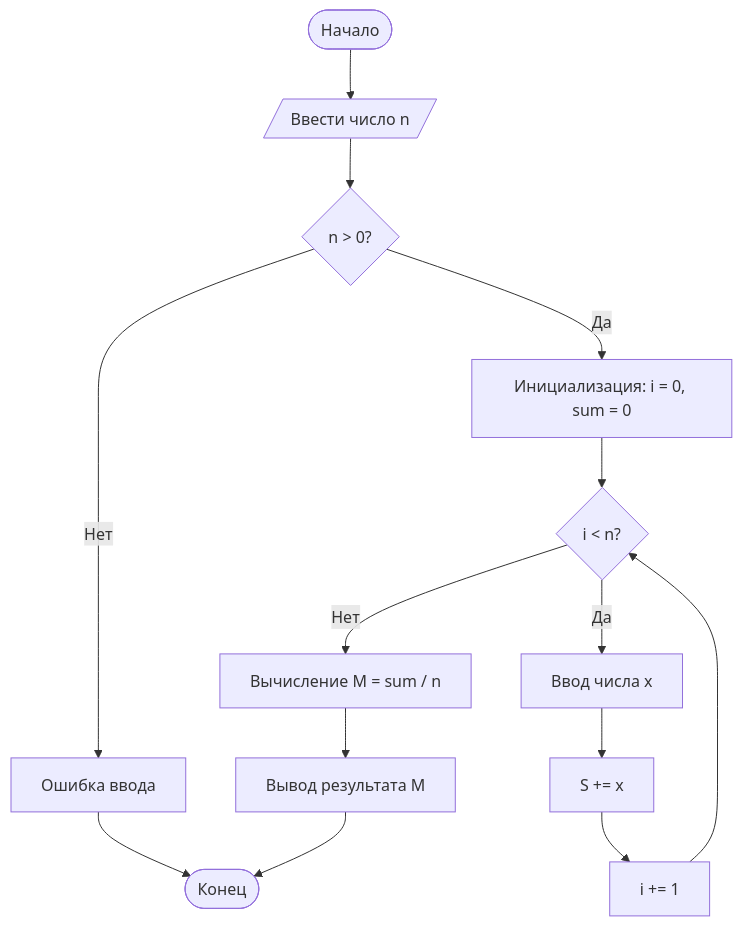
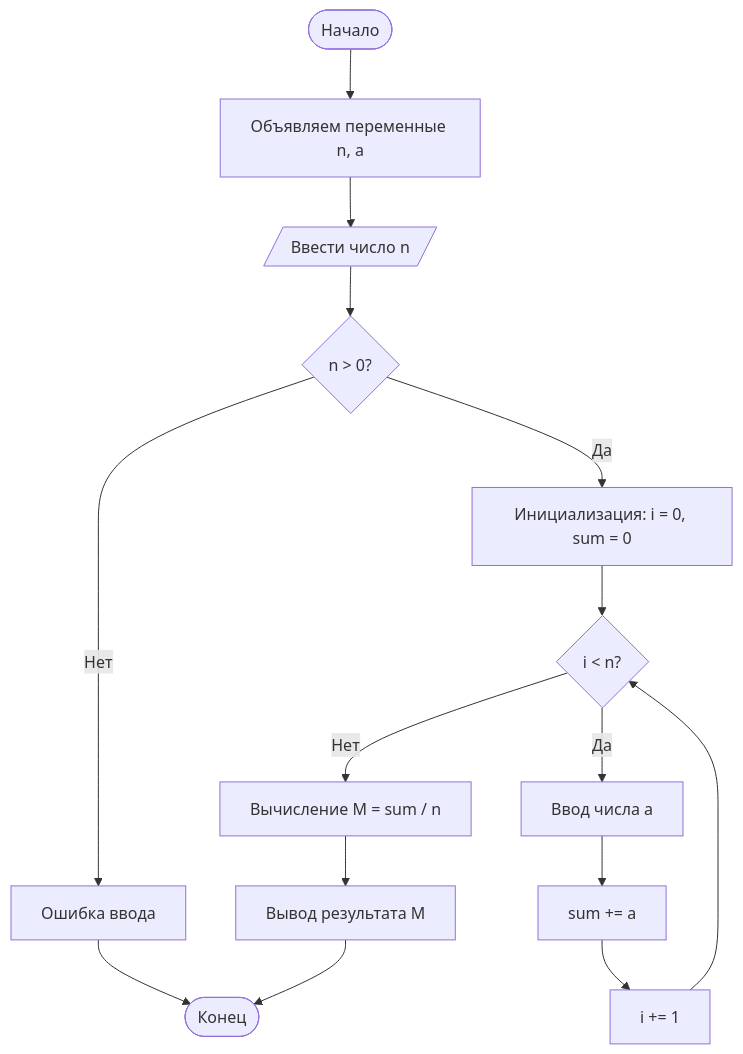
The second of 2 diagrams in README.md (Krastti/Homework-C), drawn with Mermaid before and after one commit. The commit also changed other lines of this file and 1 other file, not shown here.

````diff
--- a/README.md
+++ b/README.md
@@ -19,16 +20,17 @@
 ``` mermaid
 flowchart TD
-    A([Начало]) --> B[/Ввести число n/]
+    A([Начало]) --> Z[Объявляем переменные n, a] 
+    Z --> B[/Ввести число n/]
     B --> C{ n > 0? }
     C -- Нет --> D[Ошибка ввода]
     D --> E([Конец])
     C -- Да --> F[Инициализация: i = 0, sum = 0]
     F --> G{ i < n? }
     G -- Нет --> H[Вычисление M = sum / n]
     H --> I[Вывод результата M]
     I --> E([Конец])
-    G -- Да --> J[Ввод числа x]
-    J --> K[S += x]
+    G -- Да --> J[Ввод числа a]
+    J --> K[sum += a]
     K --> L[i += 1]
     L --> G
 ```
````
